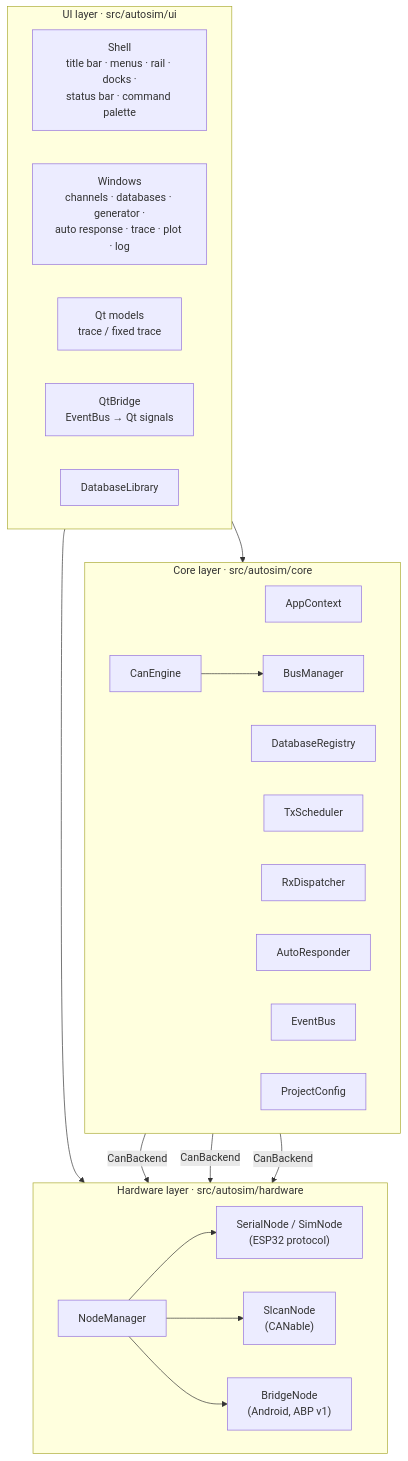
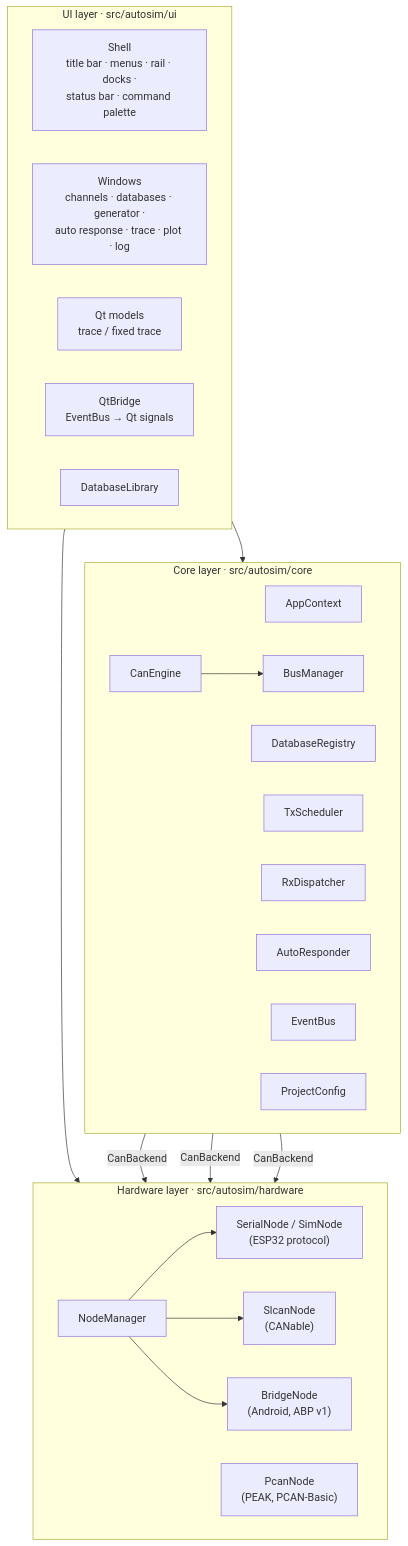
The first of 5 diagrams in docs/design/HLD.md (Thuongst97/CAN_SIMULATOR), drawn with Mermaid before and after one commit. The commit also changed other lines of this file and 6 other files, not shown here.

````diff
--- a/docs/design/HLD.md
+++ b/docs/design/HLD.md
@@ -14,35 +14,36 @@
 ```mermaid
 flowchart TB
     subgraph L1["UI layer · src/autosim/ui"]
         direction LR
         shell["Shell<br/>title bar · menus · rail · docks ·<br/>status bar · command palette"]
         win["Windows<br/>channels · databases · generator ·<br/>auto response · trace · plot · log"]
         models["Qt models<br/>trace / fixed trace"]
         qtb["QtBridge<br/>EventBus → Qt signals"]
         lib["DatabaseLibrary"]
     end
     subgraph L2["Core layer · src/autosim/core"]
         direction LR
         ctx["AppContext"]
         eng["CanEngine"]
         reg["DatabaseRegistry"]
         txs["TxScheduler"]
         rxd["RxDispatcher"]
         ar["AutoResponder"]
         bm["BusManager"]
         ev["EventBus"]
         cfg["ProjectConfig"]
     end
     subgraph L3["Hardware layer · src/autosim/hardware"]
         direction LR
         nm["NodeManager"]
         esp["SerialNode / SimNode<br/>(ESP32 protocol)"]
         sl["SlcanNode<br/>(CANable)"]
+        pc["PcanNode<br/>(PEAK, PCAN-Basic)"]
         brn["BridgeNode<br/>(Android, ABP v1)"]
     end
     L1 --> L2
     L1 --> nm
     eng --> bm
     bm -->|CanBackend| esp & sl & brn
     nm --> esp & sl & brn
 ```
````
